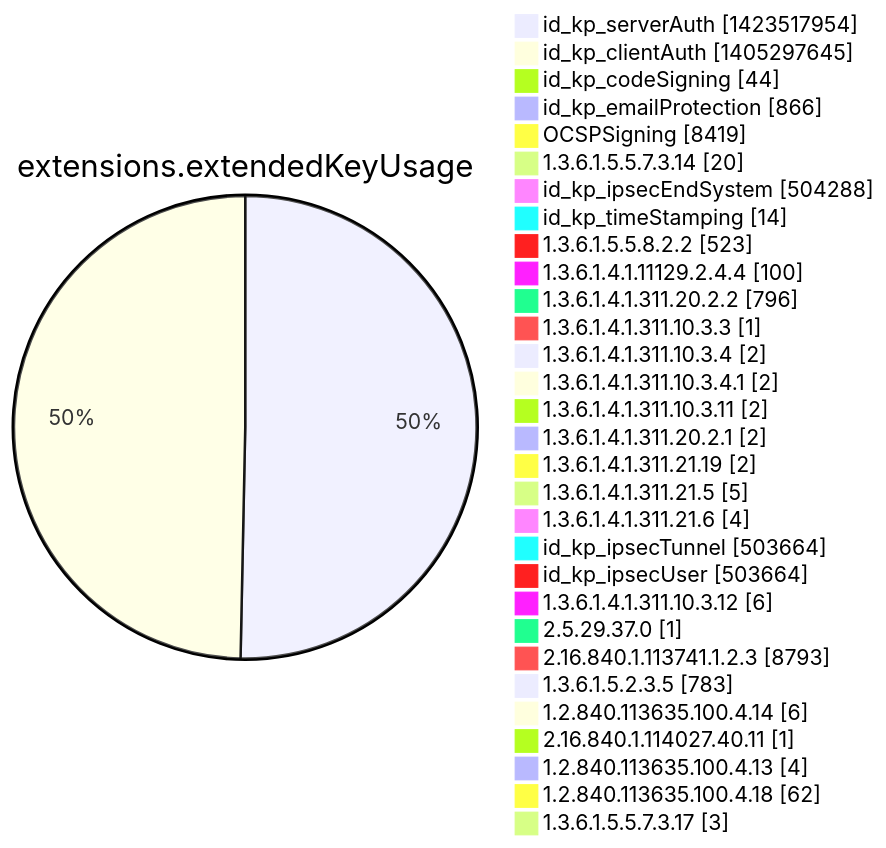
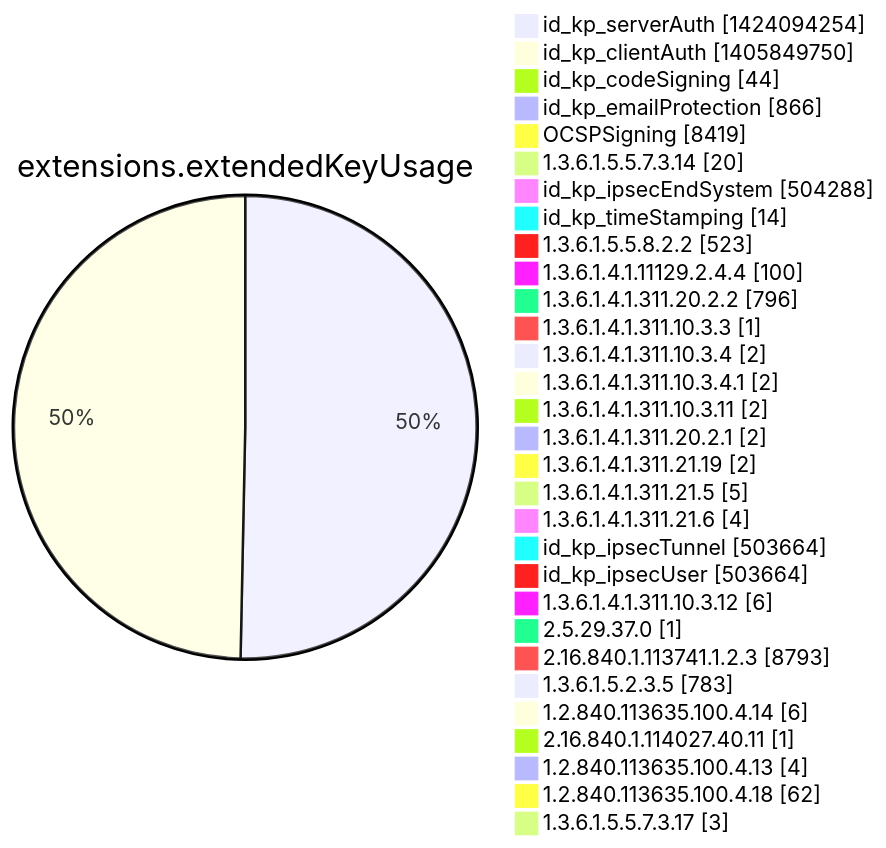
Diagram 12 of 15 in argon2022/README.md (christiankrug/ctmonitor_visualization), drawn with Mermaid before and after one commit. The commit also changed other lines of this file, not shown here.

````diff
--- a/argon2022/README.md
+++ b/argon2022/README.md
@@ -3555,34 +3555,34 @@
 ```mermaid
 pie showData
 title extensions.extendedKeyUsage
-"id_kp_serverAuth" :1423517954
-"id_kp_clientAuth" :1405297645
+"id_kp_serverAuth" :1424094254
+"id_kp_clientAuth" :1405849750
 "id_kp_codeSigning" :44
 "id_kp_emailProtection" :866
 "OCSPSigning" :8419
 "1.3.6.1.5.5.7.3.14" :20
 "id_kp_ipsecEndSystem" :504288
 "id_kp_timeStamping" :14
 "1.3.6.1.5.5.8.2.2" :523
 "1.3.6.1.4.1.11129.2.4.4" :100
 "1.3.6.1.4.1.311.20.2.2" :796
 "1.3.6.1.4.1.311.10.3.3" :1
 "1.3.6.1.4.1.311.10.3.4" :2
 "1.3.6.1.4.1.311.10.3.4.1" :2
 "1.3.6.1.4.1.311.10.3.11" :2
 "1.3.6.1.4.1.311.20.2.1" :2
 "1.3.6.1.4.1.311.21.19" :2
 "1.3.6.1.4.1.311.21.5" :5
 "1.3.6.1.4.1.311.21.6" :4
 "id_kp_ipsecTunnel" :503664
 "id_kp_ipsecUser" :503664
 "1.3.6.1.4.1.311.10.3.12" :6
 "2.5.29.37.0" :1
 "2.16.840.1.113741.1.2.3" :8793
 "1.3.6.1.5.2.3.5" :783
 "1.2.840.113635.100.4.14" :6
 "2.16.840.1.114027.40.11" :1
 "1.2.840.113635.100.4.13" :4
 "1.2.840.113635.100.4.18" :62
 "1.3.6.1.5.5.7.3.17" :3
 ```
````
